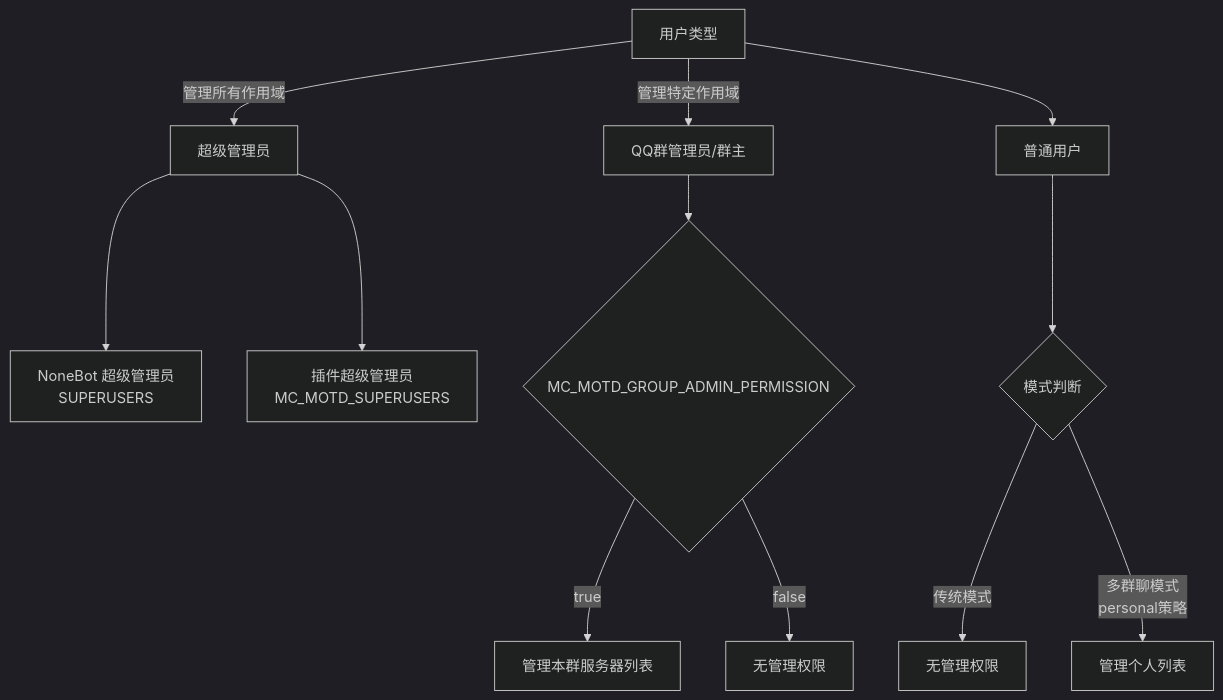
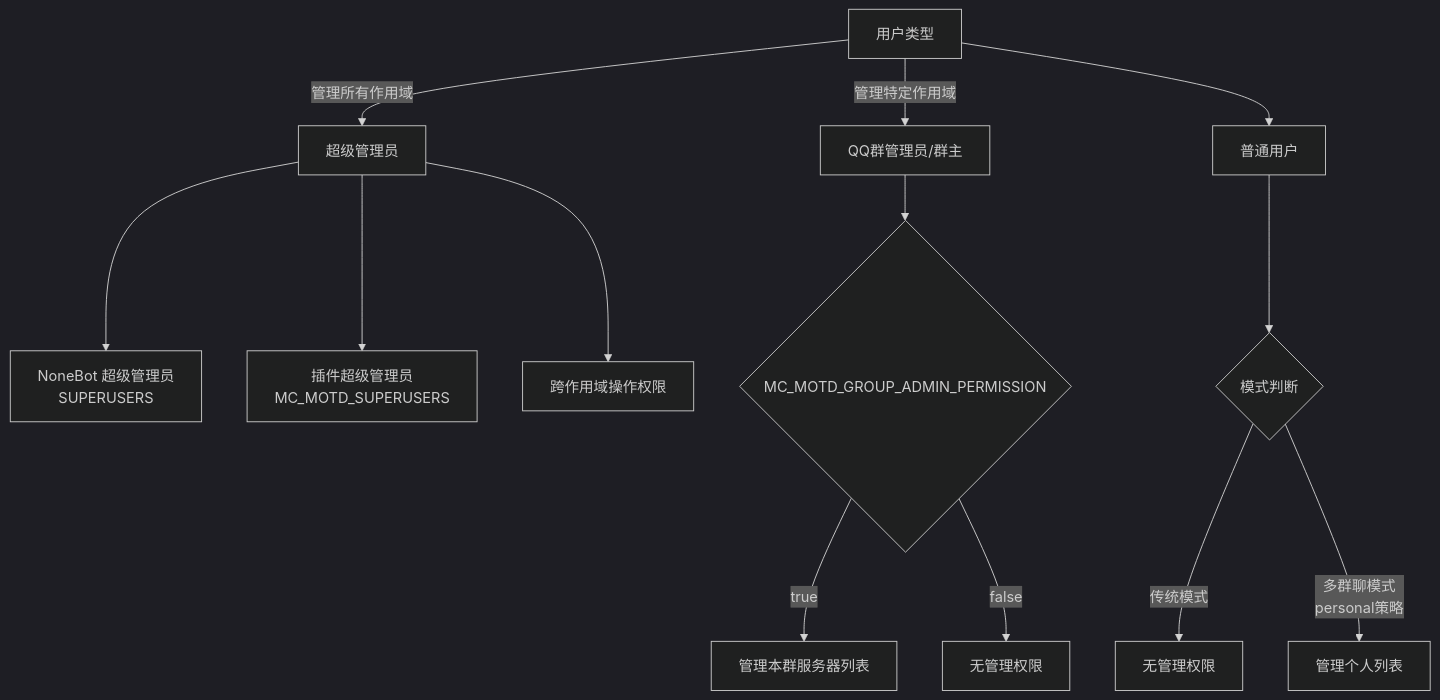
One commit to AquaOH/nonebot-plugin-mcmotd changed the second of 7 diagrams in README.md. Above: the diagram before and after it, drawn with Mermaid (dark theme). The commit also changed other lines of this file and 6 other files, not shown here.

````diff
--- a/README.md
+++ b/README.md
@@ -45,19 +50,18 @@
 ```mermaid
 graph TD
     A[用户类型] -->|管理所有作用域| B[超级管理员]
     A -->|管理特定作用域| C[QQ群管理员/群主]
     A --> D[普通用户]
     
     B --> B1[NoneBot 超级管理员<br/>SUPERUSERS]
     B --> B2[插件超级管理员<br/>MC_MOTD_SUPERUSERS]
-
-    
+    B --> B3[跨作用域操作权限]
 
     C --> C2{MC_MOTD_GROUP_ADMIN_PERMISSION}
     C2 -->|true| C3[管理本群服务器列表]
     C2 -->|false| C4[无管理权限]
     
     D --> D1{模式判断}
     D1 -->|传统模式| D2[无管理权限]
     D1 -->|多群聊模式<br/>personal策略| D3[管理个人列表]
 ```
````
